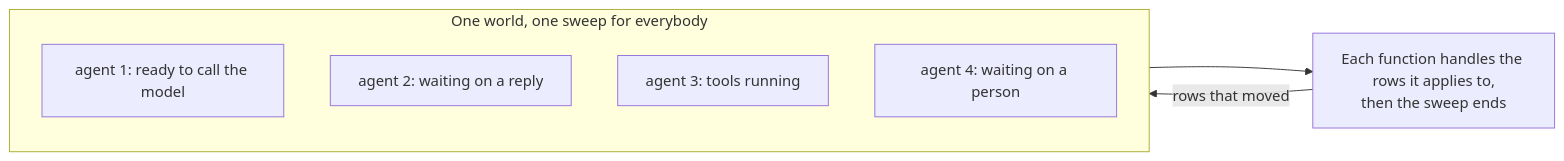
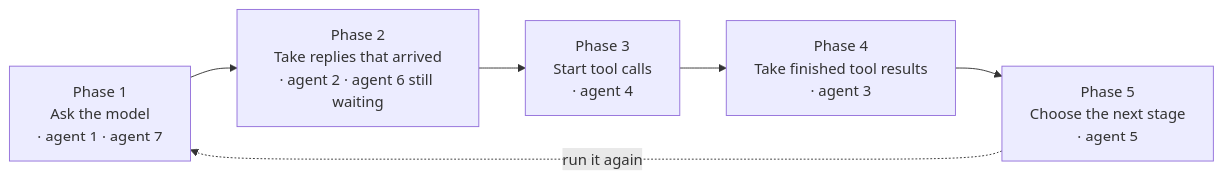
One commit to GEMISIS/leviath changed the second of 5 diagrams in docs/content/engine.md. Above: the diagram before and after it, drawn with Mermaid. The commit also changed other lines of this file and 2 other files, not shown here.

````diff
--- a/docs/content/engine.md
+++ b/docs/content/engine.md
@@ -39,12 +54,10 @@
 ```mermaid
 flowchart LR
-  subgraph W["One world, one sweep for everybody"]
-    direction TB
-    R1["agent 1: ready to call the model"]
-    R2["agent 2: waiting on a reply"]
-    R3["agent 3: tools running"]
-    R4["agent 4: waiting on a person"]
-  end
-  W --> SYS["Each function handles the rows it applies to,<br/>then the sweep ends"]
-  SYS -->|"rows that moved"| W
+  P1["Phase 1<br/>Ask the model<br/>· agent 1 · agent 7"]
+  P2["Phase 2<br/>Take replies that arrived<br/>· agent 2 · agent 6 still waiting"]
+  P3["Phase 3<br/>Start tool calls<br/>· agent 4"]
+  P4["Phase 4<br/>Take finished tool results<br/>· agent 3"]
+  P5["Phase 5<br/>Choose the next stage<br/>· agent 5"]
+  P1 --> P2 --> P3 --> P4 --> P5
+  P5 -.->|"run it again"| P1
 ```
````
